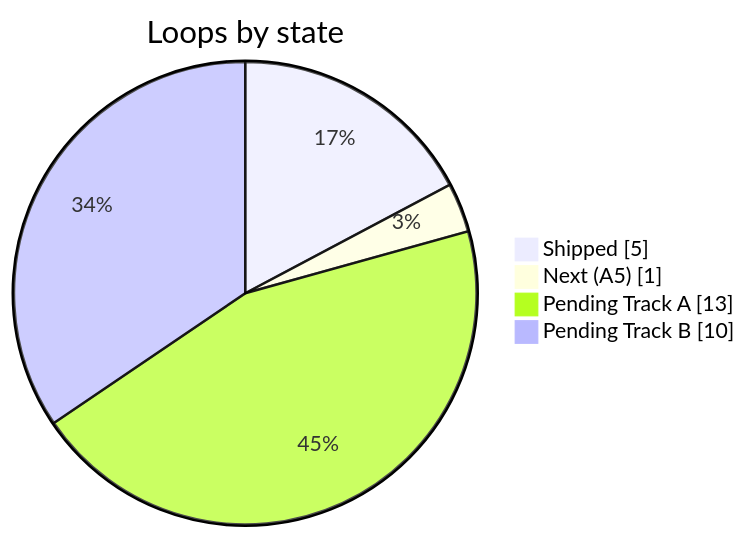
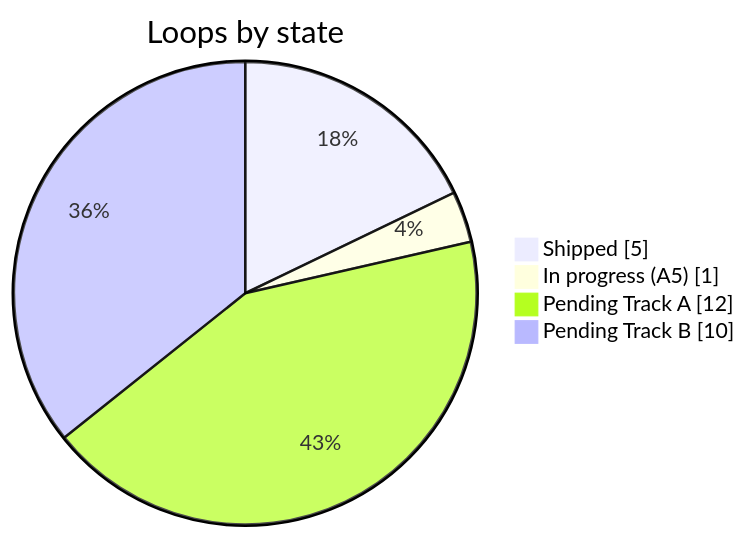
Before and after one commit to ivangarciafilho/DNDSheet: the diagram in docs/roadmap/DNDSheet-Implementation-Backlog.md, drawn with Mermaid. The commit also changed other lines of this file and 12 other files, not shown here.

````diff
--- a/docs/roadmap/DNDSheet-Implementation-Backlog.md
+++ b/docs/roadmap/DNDSheet-Implementation-Backlog.md
@@ -54,8 +54,8 @@
 ```mermaid
 pie showData
   title Loops by state
   "Shipped" : 5
-  "Next (A5)" : 1
-  "Pending Track A" : 13
+  "In progress (A5)" : 1
+  "Pending Track A" : 12
   "Pending Track B" : 10
 ```
````
